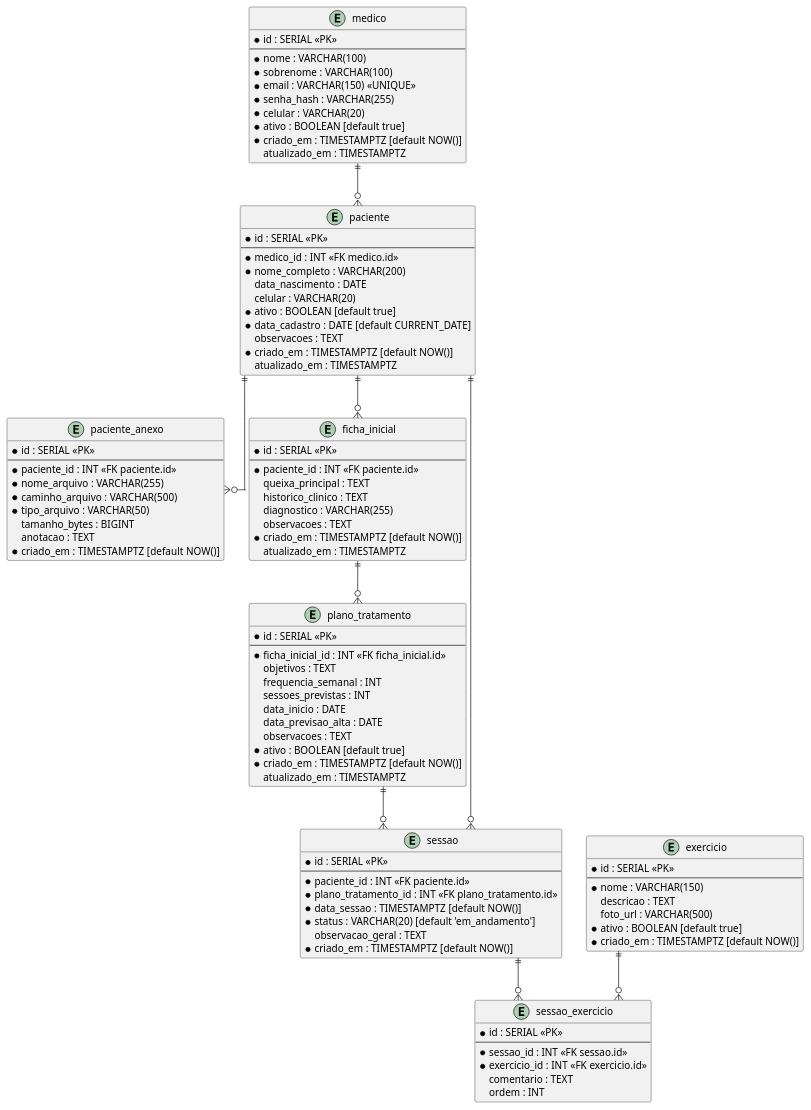
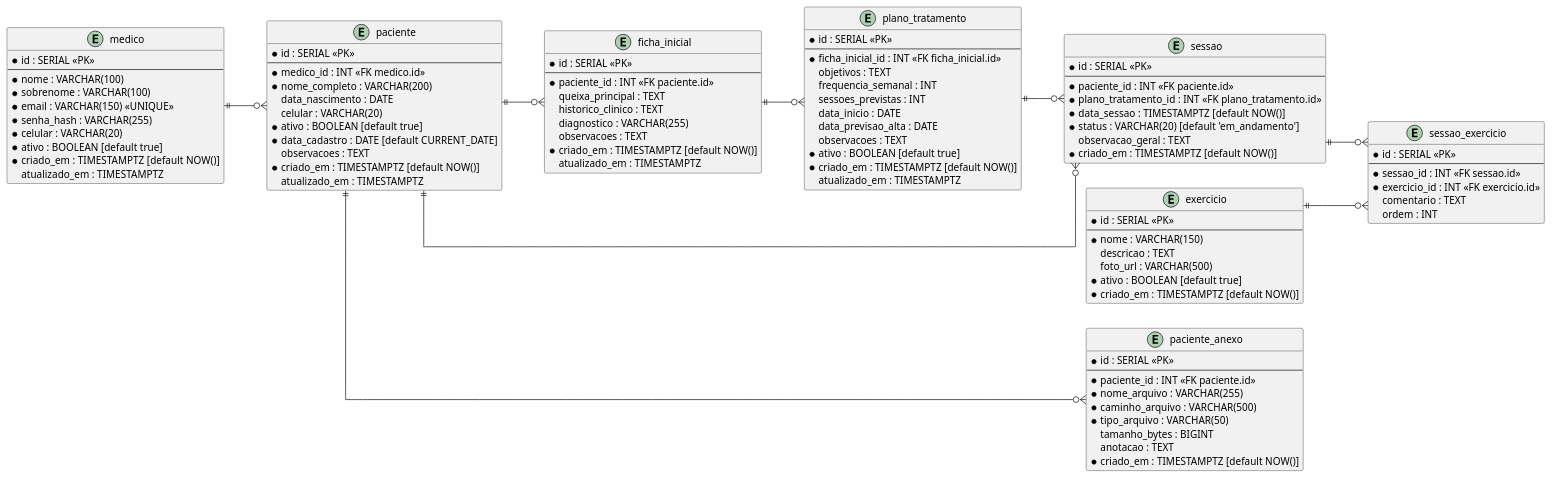
The diagram in docs/banco.md (Gabriel-Oliveir4/projeto_integrador), drawn with PlantUML before and after one commit. The commit also changed 1 other file, not shown here.

Commit message:
feat: Atualização dos documentos de banco e documentação base

````diff
--- a/docs/banco.md
+++ b/docs/banco.md
@@ -15,111 +15,118 @@
 ```plantuml
 @startuml
 skinparam linetype ortho
+left to right direction
 
-entity "medico" as med {
-  * id : SERIAL <<PK>>
-  --
-  * nome : VARCHAR(100)
-  * sobrenome : VARCHAR(100)
-  * email : VARCHAR(150) <<UNIQUE>>
-  * senha_hash : VARCHAR(255)
-  * celular : VARCHAR(20)
-  * ativo : BOOLEAN [default true]
-  * criado_em : TIMESTAMPTZ [default NOW()]
-  atualizado_em : TIMESTAMPTZ
+' ── Linha 1: núcleo clínico ──────────────────
+together {
+  entity "medico" as med {
+    * id : SERIAL <<PK>>
+    --
+    * nome : VARCHAR(100)
+    * sobrenome : VARCHAR(100)
+    * email : VARCHAR(150) <<UNIQUE>>
+    * senha_hash : VARCHAR(255)
+    * celular : VARCHAR(20)
+    * ativo : BOOLEAN [default true]
+    * criado_em : TIMESTAMPTZ [default NOW()]
+    atualizado_em : TIMESTAMPTZ
+  }
+
+  entity "paciente" as pac {
+    * id : SERIAL <<PK>>
+    --
+    * medico_id : INT <<FK medico.id>>
+    * nome_completo : VARCHAR(200)
+    data_nascimento : DATE
+    celular : VARCHAR(20)
+    * ativo : BOOLEAN [default true]
+    * data_cadastro : DATE [default CURRENT_DATE]
+    observacoes : TEXT
+    * criado_em : TIMESTAMPTZ [default NOW()]
+    atualizado_em : TIMESTAMPTZ
+  }
+
+  entity "ficha_inicial" as ficha {
+    * id : SERIAL <<PK>>
+    --
+    * paciente_id : INT <<FK paciente.id>>
+    queixa_principal : TEXT
+    historico_clinico : TEXT
+    diagnostico : VARCHAR(255)
+    observacoes : TEXT
+    * criado_em : TIMESTAMPTZ [default NOW()]
+    atualizado_em : TIMESTAMPTZ
+  }
+
+  entity "plano_tratamento" as plano {
+    * id : SERIAL <<PK>>
+    --
+    * ficha_inicial_id : INT <<FK ficha_inicial.id>>
+    objetivos : TEXT
+    frequencia_semanal : INT
+    sessoes_previstas : INT
+    data_inicio : DATE
+    data_previsao_alta : DATE
+    observacoes : TEXT
+    * ativo : BOOLEAN [default true]
+    * criado_em : TIMESTAMPTZ [default NOW()]
+    atualizado_em : TIMESTAMPTZ
+  }
 }
 
-entity "paciente" as pac {
-  * id : SERIAL <<PK>>
-  --
-  * medico_id : INT <<FK medico.id>>
-  * nome_completo : VARCHAR(200)
-  data_nascimento : DATE
-  celular : VARCHAR(20)
-  * ativo : BOOLEAN [default true]
-  * data_cadastro : DATE [default CURRENT_DATE]
-  observacoes : TEXT
-  * criado_em : TIMESTAMPTZ [default NOW()]
-  atualizado_em : TIMESTAMPTZ
+' ── Linha 2: sessões, exercícios e anexos ─────
+together {
+  entity "paciente_anexo" as anx {
+    * id : SERIAL <<PK>>
+    --
+    * paciente_id : INT <<FK paciente.id>>
+    * nome_arquivo : VARCHAR(255)
+    * caminho_arquivo : VARCHAR(500)
+    * tipo_arquivo : VARCHAR(50)
+    tamanho_bytes : BIGINT
+    anotacao : TEXT
+    * criado_em : TIMESTAMPTZ [default NOW()]
+  }
+
+  entity "sessao" as ses {
+    * id : SERIAL <<PK>>
+    --
+    * paciente_id : INT <<FK paciente.id>>
+    * plano_tratamento_id : INT <<FK plano_tratamento.id>>
+    * data_sessao : TIMESTAMPTZ [default NOW()]
+    * status : VARCHAR(20) [default 'em_andamento']
+    observacao_geral : TEXT
+    * criado_em : TIMESTAMPTZ [default NOW()]
+  }
+
+  entity "sessao_exercicio" as se {
+    * id : SERIAL <<PK>>
+    --
+    * sessao_id : INT <<FK sessao.id>>
+    * exercicio_id : INT <<FK exercicio.id>>
+    comentario : TEXT
+    ordem : INT
+  }
+
+  entity "exercicio" as exe {
+    * id : SERIAL <<PK>>
+    --
+    * nome : VARCHAR(150)
+    descricao : TEXT
+    foto_url : VARCHAR(500)
+    * ativo : BOOLEAN [default true]
+    * criado_em : TIMESTAMPTZ [default NOW()]
+  }
 }
 
-entity "paciente_anexo" as anx {
-  * id : SERIAL <<PK>>
-  --
-  * paciente_id : INT <<FK paciente.id>>
-  * nome_arquivo : VARCHAR(255)
-  * caminho_arquivo : VARCHAR(500)
-  * tipo_arquivo : VARCHAR(50)
-  tamanho_bytes : BIGINT
-  anotacao : TEXT
-  * criado_em : TIMESTAMPTZ [default NOW()]
-}
-
-entity "ficha_inicial" as ficha {
-  * id : SERIAL <<PK>>
-  --
-  * paciente_id : INT <<FK paciente.id>>
-  queixa_principal : TEXT
-  historico_clinico : TEXT
-  diagnostico : VARCHAR(255)
-  observacoes : TEXT
-  * criado_em : TIMESTAMPTZ [default NOW()]
-  atualizado_em : TIMESTAMPTZ
-}
-
-entity "plano_tratamento" as plano {
-  * id : SERIAL <<PK>>
-  --
-  * ficha_inicial_id : INT <<FK ficha_inicial.id>>
-  objetivos : TEXT
-  frequencia_semanal : INT
-  sessoes_previstas : INT
-  data_inicio : DATE
-  data_previsao_alta : DATE
-  observacoes : TEXT
-  * ativo : BOOLEAN [default true]
-  * criado_em : TIMESTAMPTZ [default NOW()]
-  atualizado_em : TIMESTAMPTZ
-}
-
-entity "exercicio" as exe {
-  * id : SERIAL <<PK>>
-  --
-  * nome : VARCHAR(150)
-  descricao : TEXT
-  foto_url : VARCHAR(500)
-  * ativo : BOOLEAN [default true]
-  * criado_em : TIMESTAMPTZ [default NOW()]
-}
-
-entity "sessao" as ses {
-  * id : SERIAL <<PK>>
-  --
-  * paciente_id : INT <<FK paciente.id>>
-  * plano_tratamento_id : INT <<FK plano_tratamento.id>>
-  * data_sessao : TIMESTAMPTZ [default NOW()]
-  * status : VARCHAR(20) [default 'em_andamento']
-  observacao_geral : TEXT
-  * criado_em : TIMESTAMPTZ [default NOW()]
-}
-
-entity "sessao_exercicio" as se {
-  * id : SERIAL <<PK>>
-  --
-  * sessao_id : INT <<FK sessao.id>>
-  * exercicio_id : INT <<FK exercicio.id>>
-  comentario : TEXT
-  ordem : INT
-}
-
-med ||--o{ pac
-pac ||--o{ anx
-pac ||--o{ ses
-pac ||--o{ ficha
-ficha ||--o{ plano
-plano ||--o{ ses
-ses ||--o{ se
-exe ||--o{ se
+med    ||--o{ pac
+pac    ||--o{ anx
+pac    ||--o{ ses
+pac    ||--o{ ficha
+ficha  ||--o{ plano
+plano  ||--o{ ses
+ses    ||--o{ se
+exe    ||--o{ se
 
 @enduml
 ```
````
